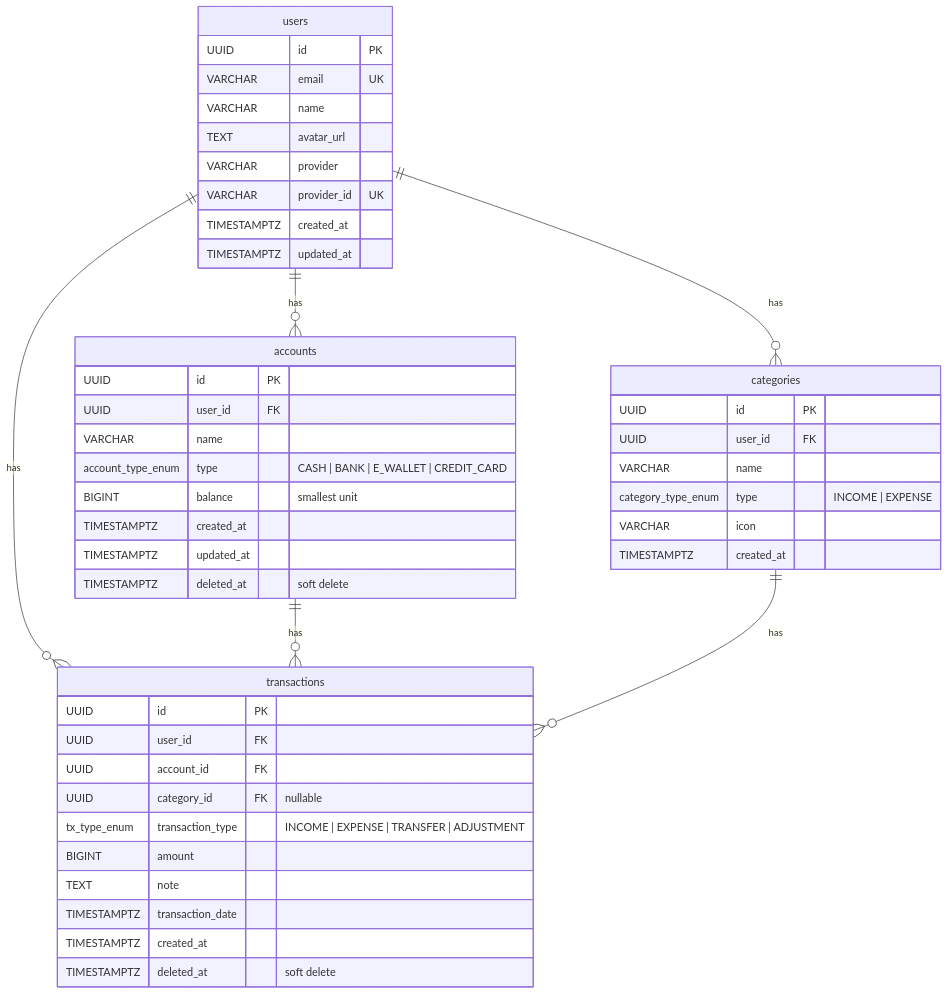
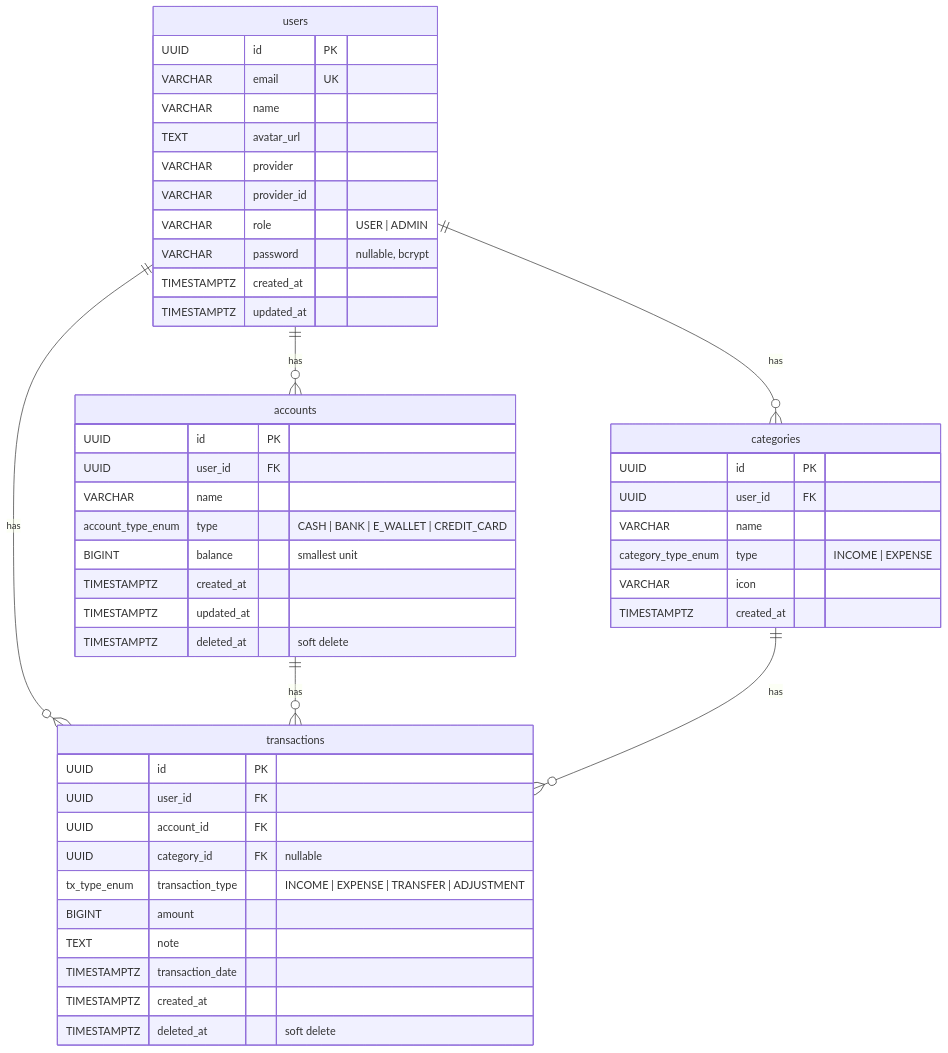
One commit to zuhriyansauqi/titik-nol-backend changed the third of 3 diagrams in README.md. Above: the diagram before and after it, drawn with Mermaid. The commit also changed other lines of this file, not shown here.

Commit message:
docs: update readme with local auth, rbac, admin cli, and schema changes

````diff
--- a/README.md
+++ b/README.md
@@ -189,52 +208,54 @@
 ```mermaid
 erDiagram
     users {
         UUID id PK
         VARCHAR email UK
         VARCHAR name
         TEXT avatar_url
         VARCHAR provider
-        VARCHAR provider_id UK
+        VARCHAR provider_id
+        VARCHAR role "USER | ADMIN"
+        VARCHAR password "nullable, bcrypt"
         TIMESTAMPTZ created_at
         TIMESTAMPTZ updated_at
     }
 
     accounts {
         UUID id PK
         UUID user_id FK
         VARCHAR name
         account_type_enum type "CASH | BANK | E_WALLET | CREDIT_CARD"
         BIGINT balance "smallest unit"
         TIMESTAMPTZ created_at
         TIMESTAMPTZ updated_at
         TIMESTAMPTZ deleted_at "soft delete"
     }
 
     categories {
         UUID id PK
         UUID user_id FK
         VARCHAR name
         category_type_enum type "INCOME | EXPENSE"
         VARCHAR icon
         TIMESTAMPTZ created_at
     }
 
     transactions {
         UUID id PK
         UUID user_id FK
         UUID account_id FK
         UUID category_id FK "nullable"
         tx_type_enum transaction_type "INCOME | EXPENSE | TRANSFER | ADJUSTMENT"
         BIGINT amount
         TEXT note
         TIMESTAMPTZ transaction_date
         TIMESTAMPTZ created_at
         TIMESTAMPTZ deleted_at "soft delete"
     }
 
     users ||--o{ accounts : has
     users ||--o{ categories : has
     users ||--o{ transactions : has
     accounts ||--o{ transactions : has
     categories ||--o{ transactions : has
 ```
````
